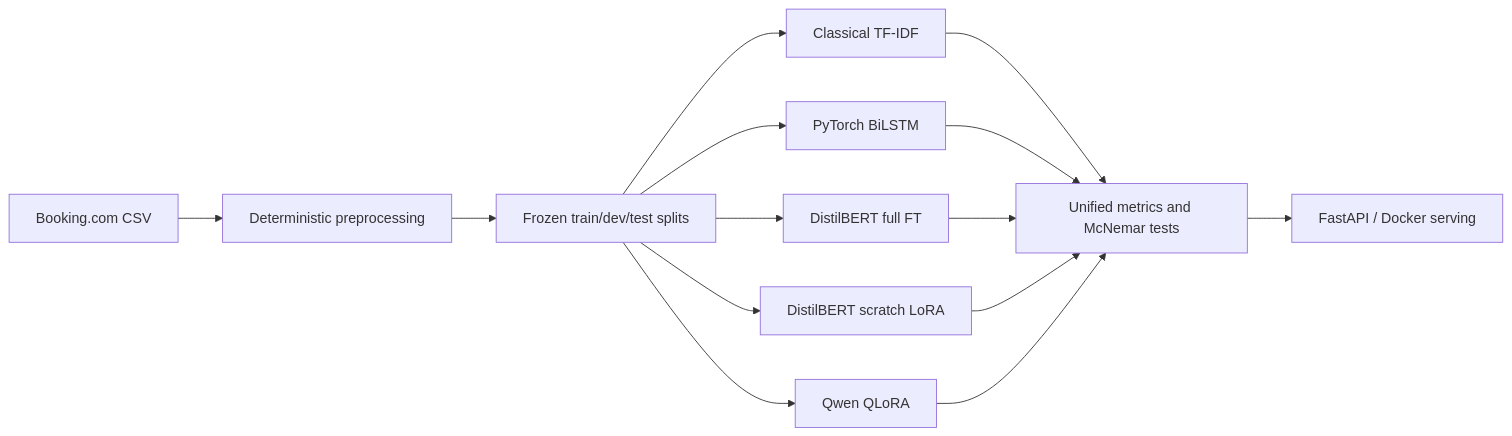
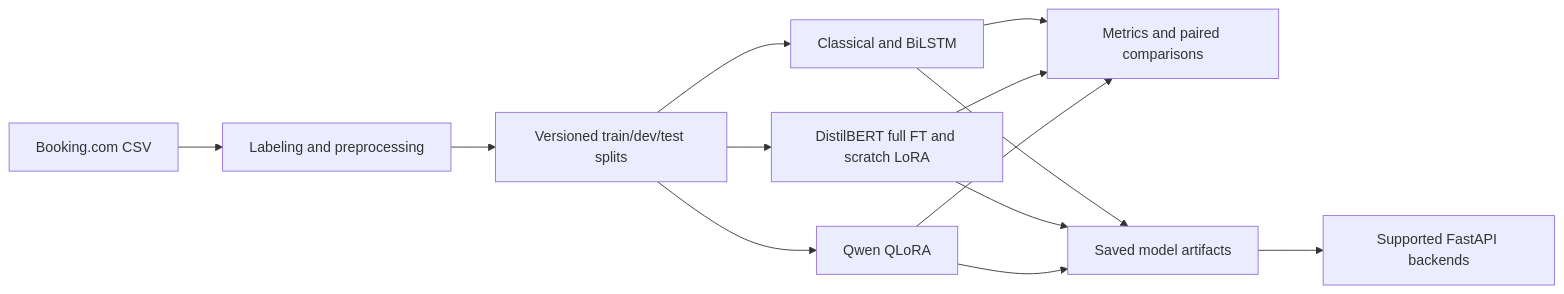
One commit to krimits/hotel-review-nlp changed the diagram in README.md. Above: the diagram before and after it, drawn with Mermaid. The commit also changed other lines of this file and 30 other files, not shown here.

Commit message:
docs: publish verified full-data DistilBERT and LoRA results

````diff
--- a/README.md
+++ b/README.md
@@ -50,12 +109,11 @@
 ```mermaid
 flowchart LR
-    A[Booking.com CSV] --> B[Deterministic preprocessing]
-    B --> C[Frozen train/dev/test splits]
-    C --> D[Classical TF-IDF]
-    C --> E[PyTorch BiLSTM]
-    C --> F[DistilBERT full FT]
-    C --> G[DistilBERT scratch LoRA]
-    C --> H[Qwen QLoRA]
-    D & E & F & G & H --> I[Unified metrics and McNemar tests]
-    I --> J[FastAPI / Docker serving]
+    A[Booking.com CSV] --> B[Labeling and preprocessing]
+    B --> C[Versioned train/dev/test splits]
+    C --> D[Classical and BiLSTM]
+    C --> E[DistilBERT full FT and scratch LoRA]
+    C --> F[Qwen QLoRA]
+    D & E & F --> G[Metrics and paired comparisons]
+    D & E & F --> H[Saved model artifacts]
+    H --> I[Supported FastAPI backends]
 ```
````
